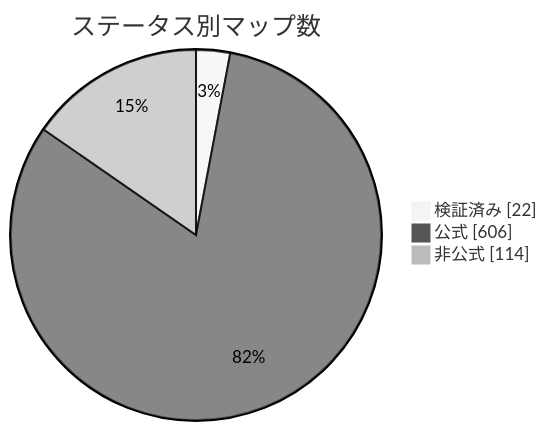
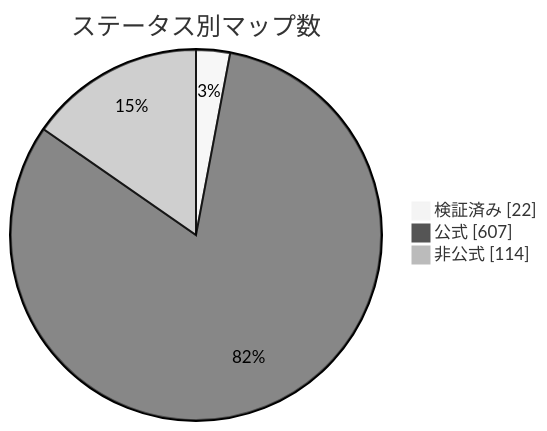
Before and after one commit to nobrega8/mbmap-library: the diagram in docs/readme/README_JP.md, drawn with Mermaid (neutral theme). The commit also changed 6 other files, not shown here.

Commit message:
Add the Sistemas Industriales MI-430 and EM-530 flow meter map (closes #504) (#545)

````diff
--- a/docs/readme/README_JP.md
+++ b/docs/readme/README_JP.md
@@ -54,7 +54,7 @@
 ```mermaid
 pie showData
     title ステータス別マップ数
     "検証済み" : 22
-    "公式" : 606
+    "公式" : 607
     "非公式" : 114
 ```
````
